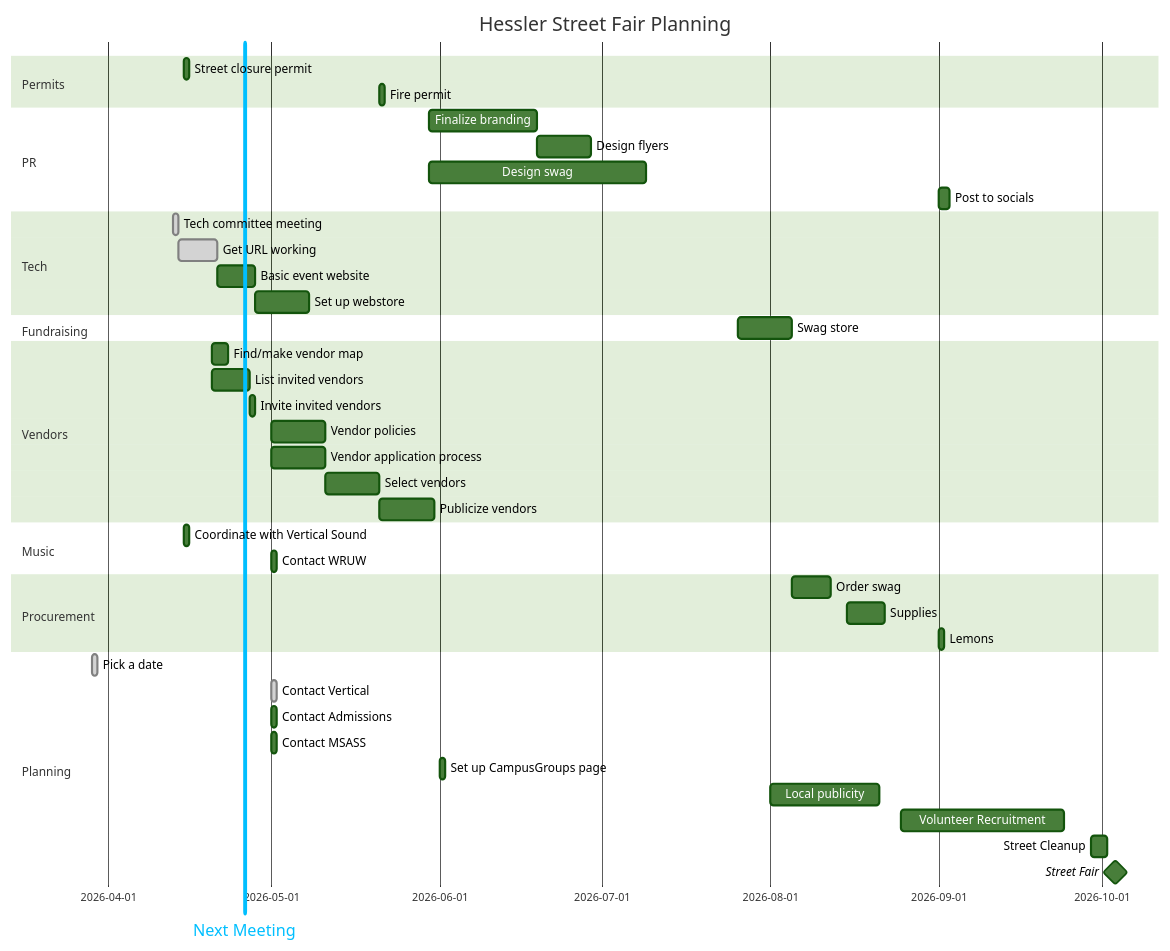
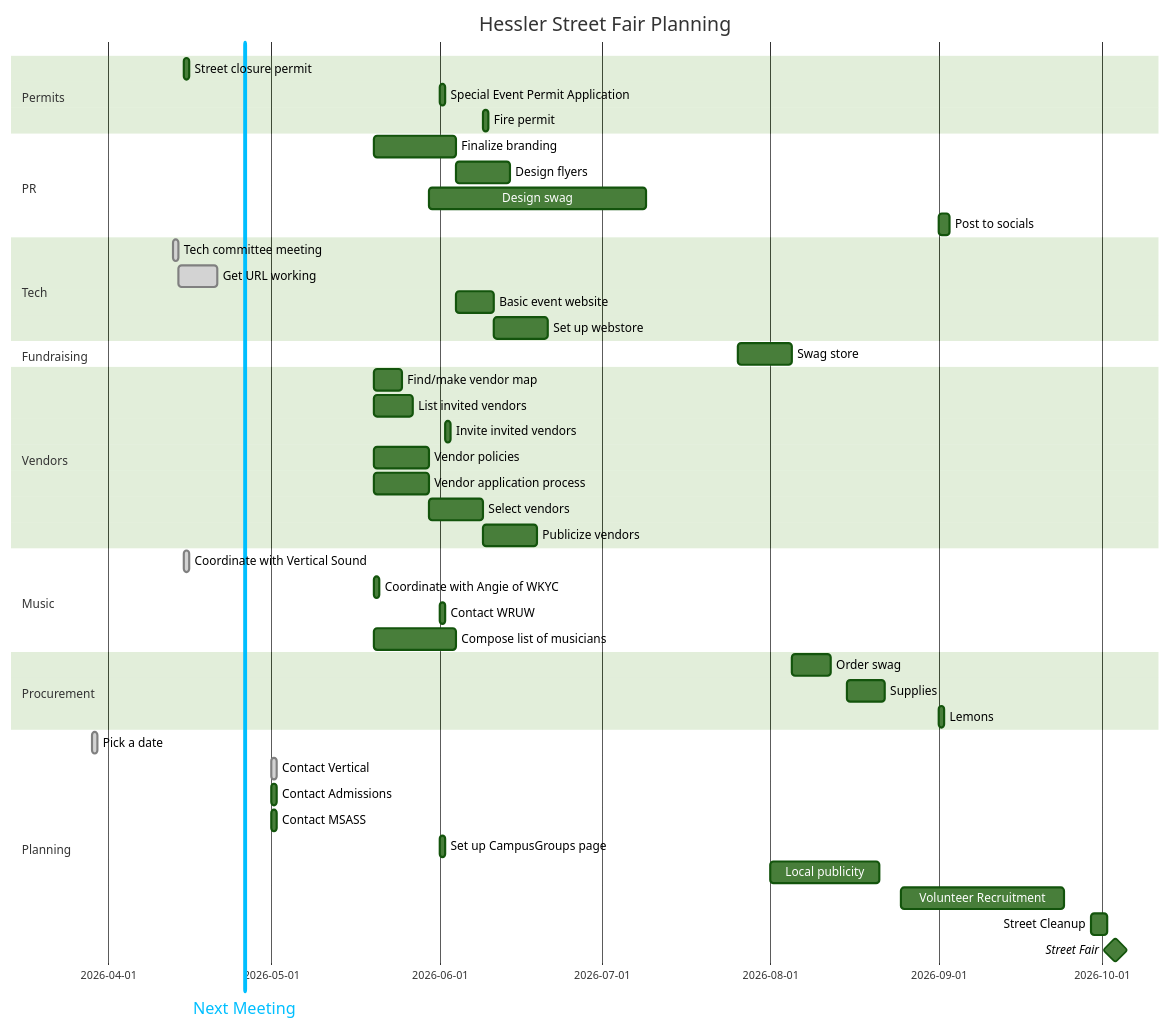
The diagram in files/fairplan.md (KCollins/KCollins.github.io), drawn with Mermaid before and after one commit.

````diff
--- a/files/fairplan.md
+++ b/files/fairplan.md
@@ -1,49 +1,52 @@
 ```mermaid
 %%{init: {'theme': 'forest'}}%%
 gantt
     title  Hessler Street Fair Planning
     dateFormat YYYY-MM-DD
     section Permits
             Street closure permit    :streetpermit, 2026-04-15, 1d
-            Fire permit    :firepermit, after vendorselect, 1d
+            Special Event Permit Application    :eventpermit, 2026-06-01, 1d
+            Fire permit    :firepermit, after vendorselect eventpermit, 1d
 
     section PR
-            Finalize branding : brand, 2026-05-30, 20d
+            Finalize branding : brand, 2026-05-20, 15d
             Design flyers : flyers, after brand, 10d
             Design swag    : designswag, 2026-05-30, 40d
             Post to socials: socials, 2026-09-01, 2d
     section Tech
             Tech committee meeting: done, techmeet, 2026-04-13, 1d
             Get URL working:done, url, after techmeet, 7d
-            Basic event website: basicsite, after url, 7d
+            Basic event website: basicsite, after brand, 7d
             Set up webstore: webstore, after basicsite, 10d
     section Fundraising
             Swag store    :swagstore, after designswag webstore swag, 10d
     section Vendors
-            Find/make vendor map: vendormap, 2026-04-20, 3d
-            List invited vendors: invitelist, 2026-04-20, 7d
-            Invite invited vendors: invite, after invitelist, 1d
-            Vendor policies: policy, 2026-05-01, 10d
-            Vendor application process: vendorapp, 2026-05-01, 10d
-            Select vendors: vendorselect, after vendorapp, 10d
+            Find/make vendor map: vendormap, 2026-05-20, 5d
+            List invited vendors: invitelist, 2026-05-20, 7d
+            Invite invited vendors: invite, after invitelist eventpermit, 1d
+            Vendor policies: policy, 2026-05-20, 10d
+            Vendor application process: vendorapp, 2026-05-20, 10d
+            Select vendors: vendorselect, after invitelist vendorapp, 10d
             Publicize vendors: vendor-announce, after vendorselect, 10d
     section Music
-            Coordinate with Vertical Sound    :vertical, 2026-04-15, 1d
-            Contact WRUW: wruw, 2026-05-01, 1d
+            Coordinate with Vertical Sound    :done, vertical, 2026-04-15, 1d
+            Coordinate with Angie of WKYC    : wkyc, 2026-05-20, 1d
+            Contact WRUW: wruw, 2026-06-01, 1d
+            Compose list of musicians: musiclist, 2026-05-20, 15d
     section Procurement
             Order swag:   swag, after swagstore, 7d
             Supplies: supplies, 2026-08-15, 7d
             Lemons: lemons, 2026-09-01, 1d
     section Planning
             Pick a date :done, pick, 2026-03-29, 1d
             Next Meeting :vert, v1, 2026-04-26, 0d
             Contact Vertical: done, vertical, 2026-05-01, 1d
             Contact Admissions: admissions, 2026-05-01, 1d
             Contact MSASS: msass, 2026-05-01, 1d
             Set up CampusGroups page: campusgroups, 2026-06-01, 1d
             Local publicity: publicize, 2026-08-01, 20d
             Volunteer Recruitment: recruit, 2026-08-25, 30d
             Street Cleanup: cleanup, 2026-09-29, 3d
             Street Fair        :milestone, streetfair, 2026-10-03, 1d
 
 ```
````
